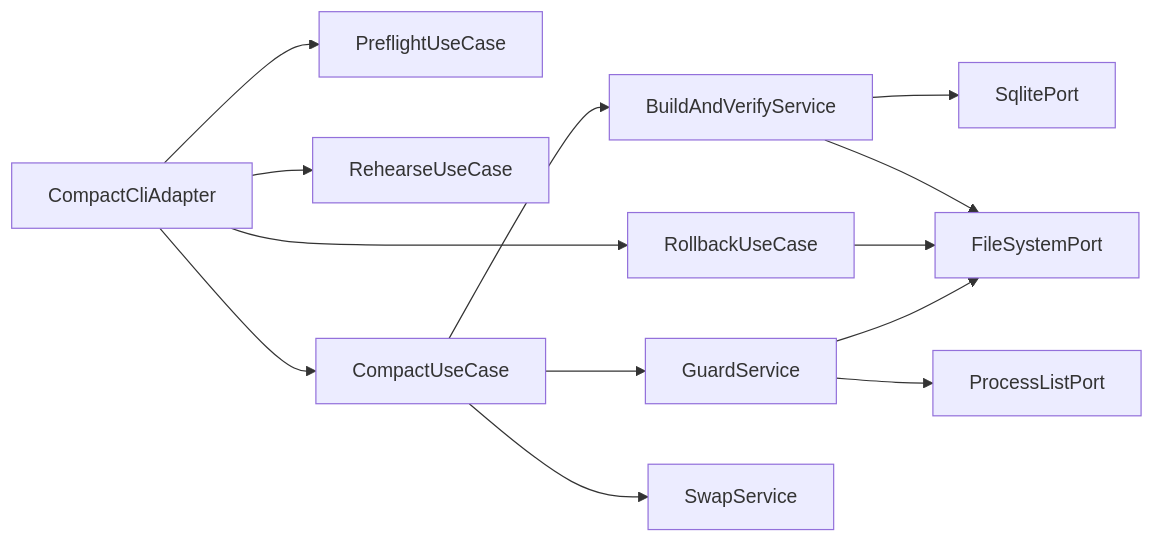
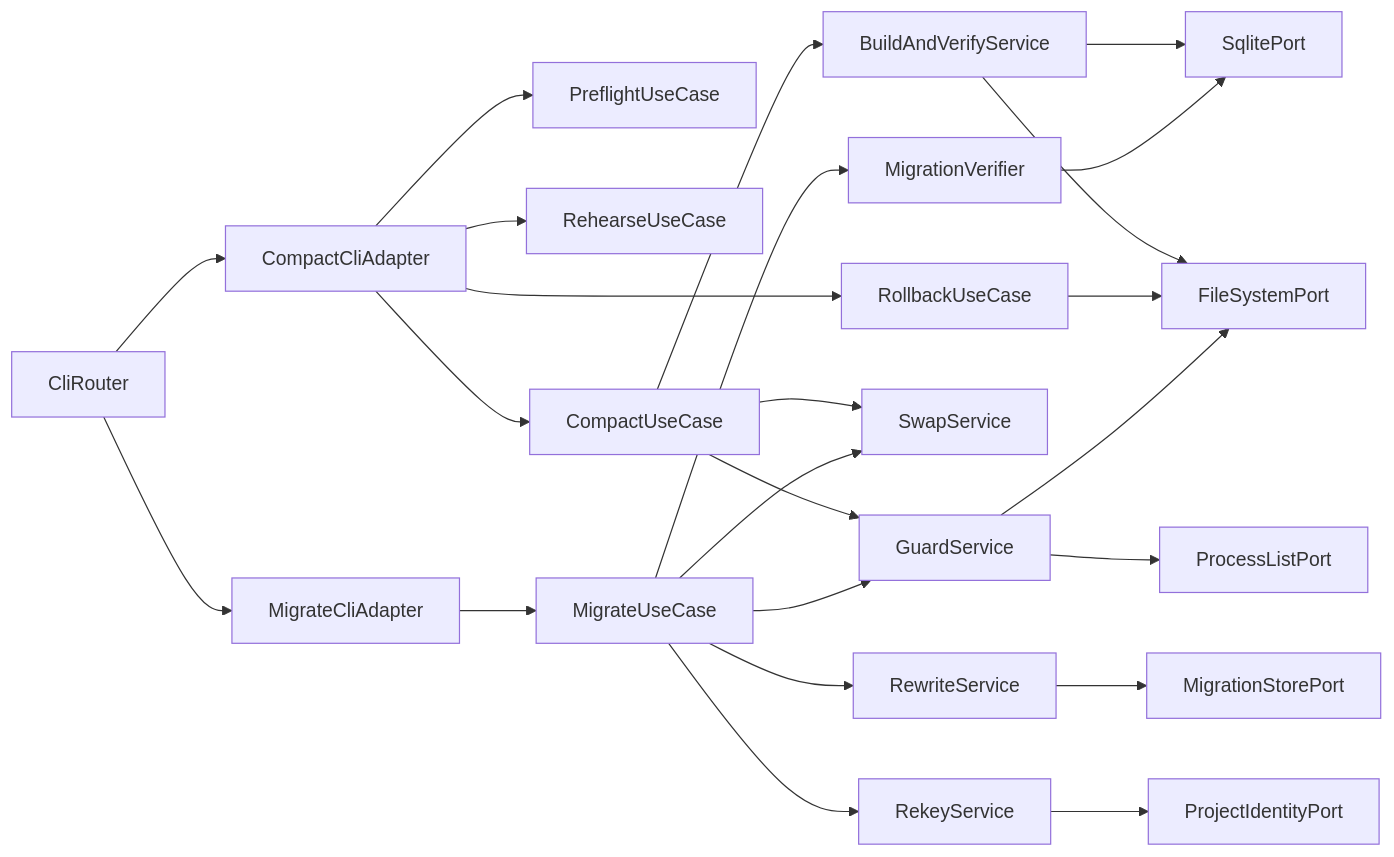
The diagram in README.md (mavasbel-devtools/opencode-session-manager), drawn with Mermaid before and after one commit. The commit also changed other lines of this file and 32 other files, not shown here.

````diff
--- a/README.md
+++ b/README.md
@@ -67,15 +144,26 @@
 ```mermaid
 flowchart LR
     CLI[CompactCliAdapter] --> P[PreflightUseCase]
     CLI --> R[RehearseUseCase]
     CLI --> C[CompactUseCase]
     CLI --> B[RollbackUseCase]
     C --> BV[BuildAndVerifyService]
     C --> G[GuardService]
     C --> S[SwapService]
     BV --> SQ[SqlitePort]
     BV --> FS[FileSystemPort]
     B --> FS
     G --> FS
     G --> PL[ProcessListPort]
+    ROUTER[CliRouter] --> CLI
+    ROUTER --> MCLI[MigrateCliAdapter]
+    MCLI --> M[MigrateUseCase]
+    M --> RW[RewriteService]
+    M --> RK[RekeyService]
+    M --> MV[MigrationVerifier]
+    M --> G
+    M --> S
+    RW --> MS[MigrationStorePort]
+    RK --> PI[ProjectIdentityPort]
+    MV --> SQ
 ```
````
